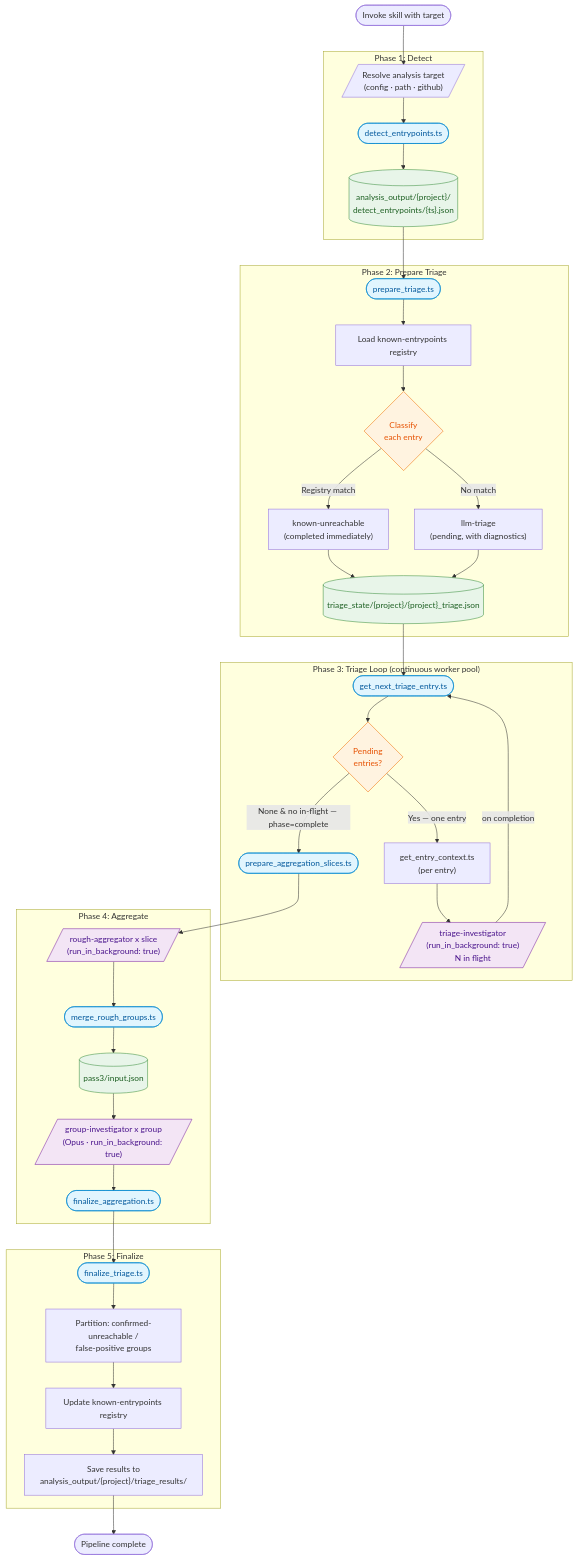
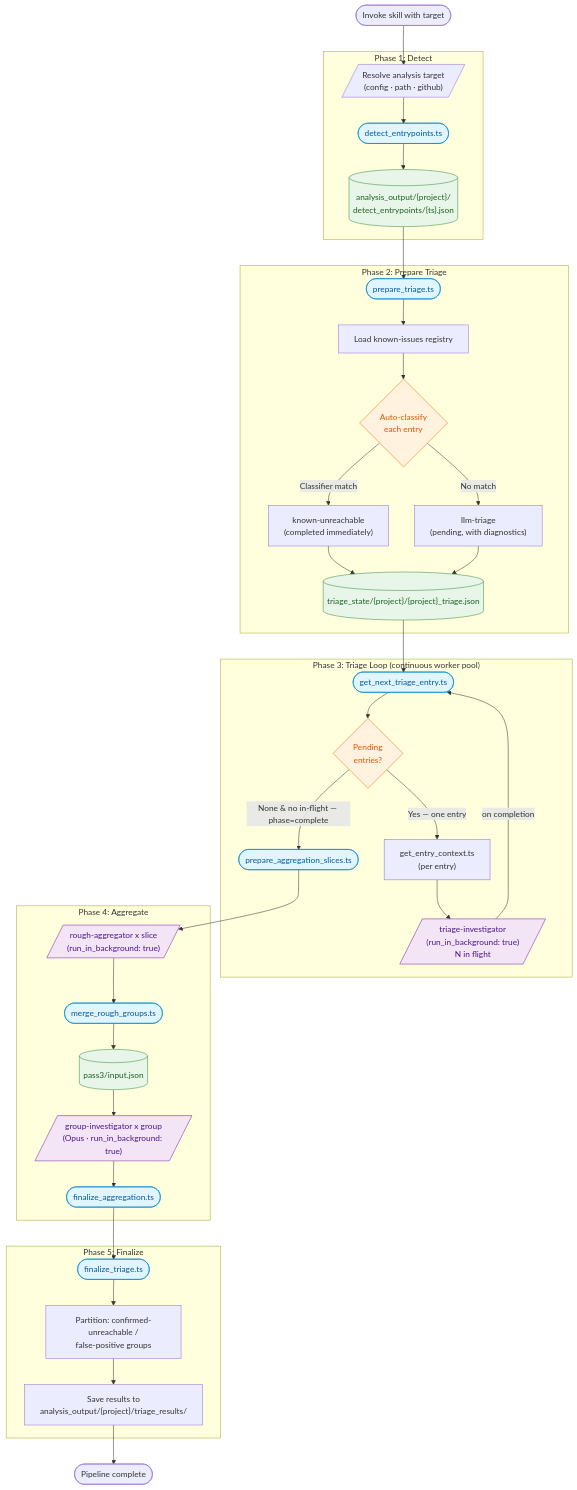
One commit to CRJFisher/ariadne changed the diagram in .claude/skills/self-repair-pipeline/README.md. Above: the diagram before and after it, drawn with Mermaid. The commit also changed other lines of this file and 37 other files, not shown here.

````diff
--- a/.claude/skills/self-repair-pipeline/README.md
+++ b/.claude/skills/self-repair-pipeline/README.md
@@ -7,68 +9,67 @@
 ```mermaid
 flowchart TD
     START(["Invoke skill with target"]) --> RESOLVE
 
     %% ── Phase 1: Detect ─────────────────────────────────────
     subgraph P1["Phase 1: Detect"]
         RESOLVE[/"Resolve analysis target<br/>(config · path · github)"/]
         RESOLVE --> DETECT(["detect_entrypoints.ts"])
         DETECT --> ANALYSIS[("analysis_output/{project}/<br/>detect_entrypoints/{ts}.json")]
     end
 
     ANALYSIS --> PREPARE
 
     %% ── Phase 2: Prepare Triage ──────────────────────────────
     subgraph P2["Phase 2: Prepare Triage"]
-        PREPARE(["prepare_triage.ts"]) --> LOAD_REG["Load known-entrypoints registry"]
-        LOAD_REG --> CLASSIFY{"Classify<br/>each entry"}
-        CLASSIFY -->|"Registry match"| KNOWN_UR["known-unreachable<br/>(completed immediately)"]
+        PREPARE(["prepare_triage.ts"]) --> LOAD_REG["Load known-issues registry"]
+        LOAD_REG --> CLASSIFY{"Auto-classify<br/>each entry"}
+        CLASSIFY -->|"Classifier match"| KNOWN_UR["known-unreachable<br/>(completed immediately)"]
         CLASSIFY -->|"No match"| LLM_TRIAGE["llm-triage<br/>(pending, with diagnostics)"]
         KNOWN_UR --> STATE
         LLM_TRIAGE --> STATE
         STATE[("triage_state/{project}/{project}_triage.json")]
     end
 
     STATE --> LOOP_ENTRY
 
     %% ── Phase 3: Triage Loop ─────────────────────────────────
     subgraph P3["Phase 3: Triage Loop (continuous worker pool)"]
         LOOP_ENTRY(["get_next_triage_entry.ts"]) --> POOL_CHECK{"Pending<br/>entries?"}
         POOL_CHECK -->|"Yes — one entry"| CONTEXT["get_entry_context.ts<br/>(per entry)"]
         CONTEXT --> INVESTIGATORS[/"triage-investigator<br/>(run_in_background: true)<br/>N in flight"/]
         INVESTIGATORS -->|"on completion"| LOOP_ENTRY
         POOL_CHECK -->|"None &amp; no in-flight — phase=complete"| AGG_START
     end
 
     %% ── Phase 4: Aggregate ───────────────────────────────────
     subgraph P4["Phase 4: Aggregate"]
         AGG_START(["prepare_aggregation_slices.ts"])
         AGG_START --> ROUGH[/"rough-aggregator x slice<br/>(run_in_background: true)"/]
         ROUGH --> MERGE_ROUGH(["merge_rough_groups.ts"])
         MERGE_ROUGH --> PASS3_INPUT[("pass3/input.json")]
         PASS3_INPUT --> INVESTIGATORS2[/"group-investigator x group<br/>(Opus · run_in_background: true)"/]
         INVESTIGATORS2 --> FINALIZE_AGG(["finalize_aggregation.ts"])
     end
 
     FINALIZE_AGG --> FINALIZE
 
     %% ── Phase 5: Finalize ────────────────────────────────────
     subgraph P5["Phase 5: Finalize"]
         FINALIZE(["finalize_triage.ts"])
         FINALIZE --> PARTITION["Partition: confirmed-unreachable /<br/>false-positive groups"]
-        PARTITION --> UPD_REG["Update known-entrypoints registry"]
-        UPD_REG --> SAVE["Save results to<br/>analysis_output/{project}/triage_results/"]
+        PARTITION --> SAVE["Save results to<br/>analysis_output/{project}/triage_results/"]
     end
 
     SAVE --> DONE(["Pipeline complete"])
 
     %% ── Styling ──────────────────────────────────────────────
     classDef script fill:#e1f5fe,stroke:#0288d1,color:#01579b
     classDef agent fill:#f3e5f5,stroke:#7b1fa2,color:#4a148c
     classDef decision fill:#fff3e0,stroke:#ef6c00,color:#e65100
     classDef data fill:#e8f5e9,stroke:#388e3c,color:#1b5e20
 
     class DETECT,PREPARE,FINALIZE,LOOP_ENTRY,AGG_START,MERGE_ROUGH,FINALIZE_AGG script
     class INVESTIGATORS,INVESTIGATORS2,ROUGH agent
     class CLASSIFY,POOL_CHECK decision
     class ANALYSIS,STATE,PASS3_INPUT data
 ```
````
